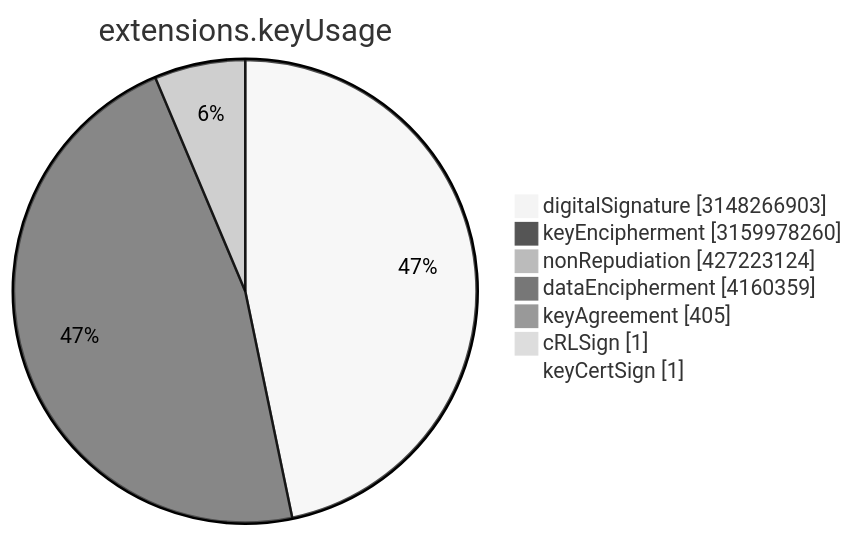
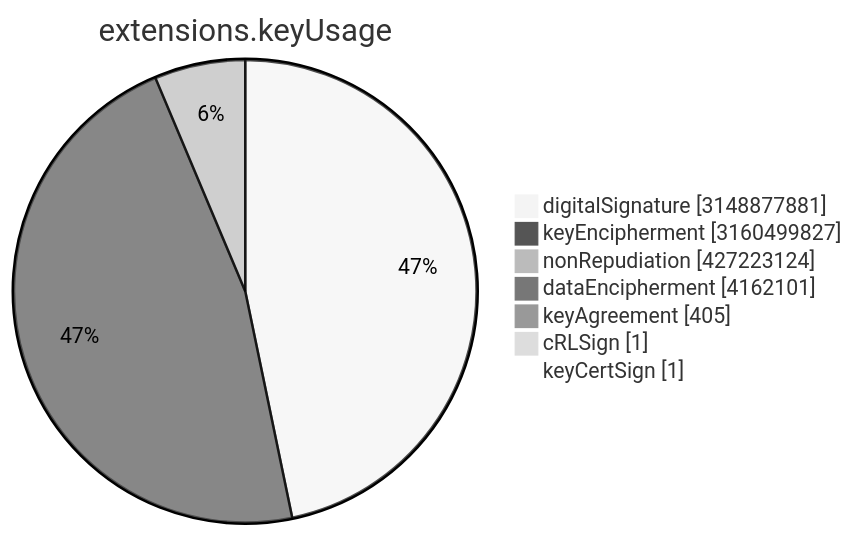
One commit to christiankrug/ctmonitor_visualization changed the sixth of 15 diagrams in TOTAL/README.md. Above: the diagram before and after it, drawn with Mermaid (neutral theme). The commit also changed other lines of this file, not shown here.

````diff
--- a/TOTAL/README.md
+++ b/TOTAL/README.md
@@ -3077,11 +3077,11 @@
 ```mermaid
 pie showData
 title extensions.keyUsage
-"digitalSignature" :3148266903
-"keyEncipherment" :3159978260
+"digitalSignature" :3148877881
+"keyEncipherment" :3160499827
 "nonRepudiation" :427223124
-"dataEncipherment" :4160359
+"dataEncipherment" :4162101
 "keyAgreement" :405
 "cRLSign" :1
 "keyCertSign" :1
 ```
````
